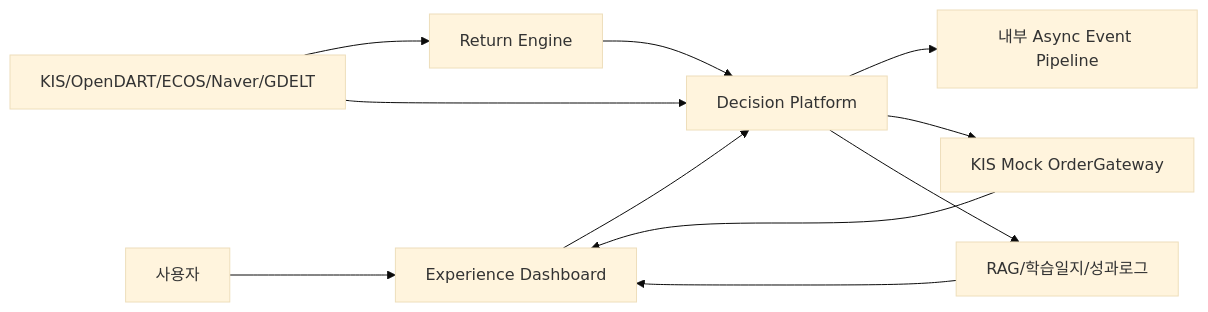
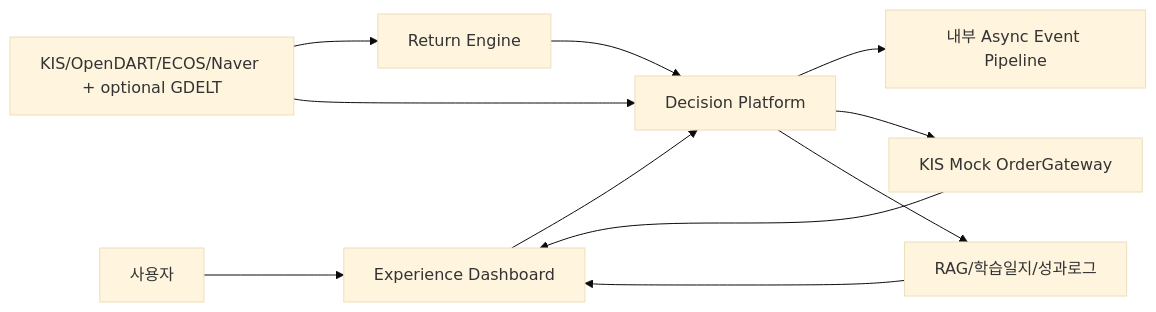
One commit to robinhood0107/Capstone-AI-Trading-Coach changed the diagram in docs/중간보고서_작성용_초기설계.md. Above: the diagram before and after it, drawn with Mermaid (base theme). The commit also changed other lines of this file and 7 other files, not shown here.

````diff
--- a/docs/중간보고서_작성용_초기설계.md
+++ b/docs/중간보고서_작성용_초기설계.md
@@ -133,13 +135,13 @@
 ```mermaid
 flowchart LR
   U["사용자"] --> D["Experience Dashboard"]
   D --> P["Decision Platform"]
   R["Return Engine"] --> P
   P --> E["내부 Async Event Pipeline"]
-  K["KIS/OpenDART/ECOS/Naver/GDELT"] --> R
+  K["KIS/OpenDART/ECOS/Naver + optional GDELT"] --> R
   K --> P
   P --> M["KIS Mock OrderGateway"]
   P --> L["RAG/학습일지/성과로그"]
   M --> D
   L --> D
 ```
````
